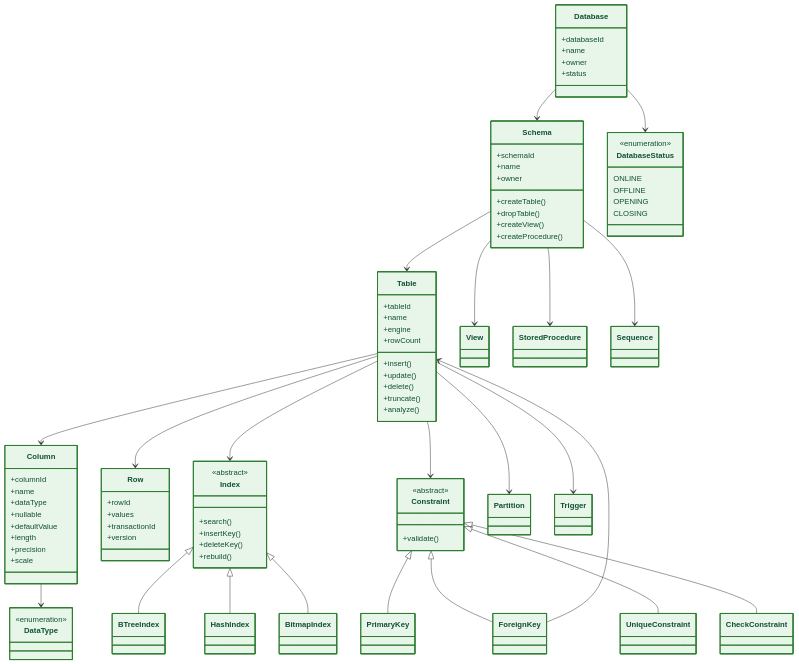
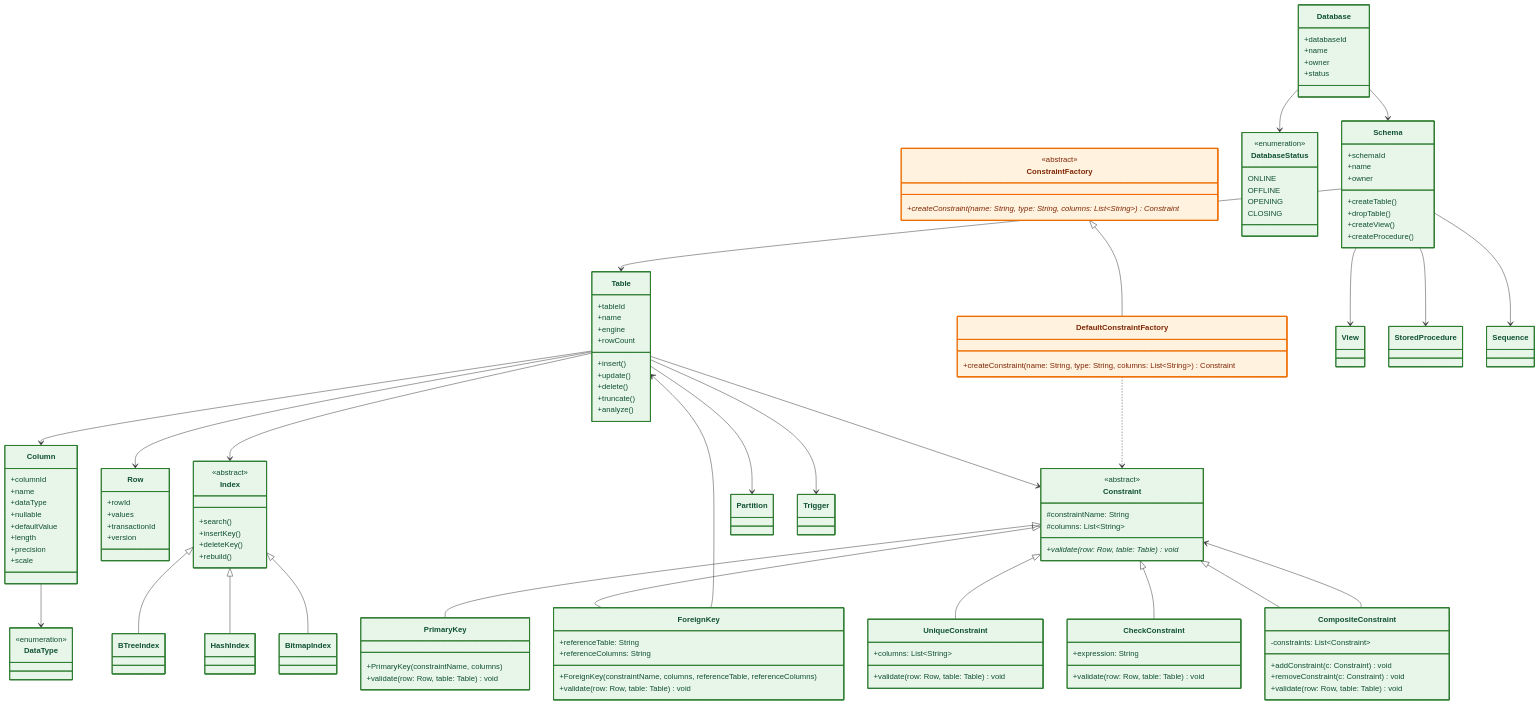
Before and after one commit to Huy1801214/dbms-architecture: the fifth of 20 diagrams in docs/README.md, drawn with Mermaid. The commit also changed other lines of this file and 18 other files, not shown here.

```diff
--- a/docs/README.md
+++ b/docs/README.md
@@ -770,13 +826,48 @@
 
 class Constraint{
     <<abstract>>
-    +validate()
+    #constraintName: String
+    #columns: List~String~
+    +validate(row: Row, table: Table)* void
 }
 
-class PrimaryKey
-class ForeignKey
-class UniqueConstraint
-class CheckConstraint
+class PrimaryKey{
+    +PrimaryKey(constraintName, columns)
+    +validate(row: Row, table: Table) void
+}
+
+class ForeignKey{
+    +referenceTable: String
+    +referenceColumns: String
+    +ForeignKey(constraintName, columns, referenceTable, referenceColumns)
+    +validate(row: Row, table: Table) void
+}
+
+class UniqueConstraint{
+    +columns: List~String~
+    +validate(row: Row, table: Table) void
+}
+
+class CheckConstraint{
+    +expression: String
+    +validate(row: Row, table: Table) void
+}
+
+class CompositeConstraint{
+    -constraints: List~Constraint~
+    +addConstraint(c: Constraint) void
+    +removeConstraint(c: Constraint) void
+    +validate(row: Row, table: Table) void
+}
+
+class ConstraintFactory{
+    <<abstract>>
+    +createConstraint(name: String, type: String, columns: List~String~)* Constraint
+}
+
+class DefaultConstraintFactory{
+    +createConstraint(name: String, type: String, columns: List~String~) Constraint
+}
 
 class Index{
     <<abstract>>
@@ -817,6 +908,11 @@
 Constraint <|-- ForeignKey
 Constraint <|-- UniqueConstraint
 Constraint <|-- CheckConstraint
+Constraint <|-- CompositeConstraint
+CompositeConstraint --> Constraint
+
+ConstraintFactory <|-- DefaultConstraintFactory
+DefaultConstraintFactory ..> Constraint
 
 Index <|-- BTreeIndex
 Index <|-- HashIndex
@@ -839,6 +935,9 @@
 style ForeignKey fill:#e8f5e9,stroke:#2e7d32,stroke-width:2px,color:#0f5132
 style UniqueConstraint fill:#e8f5e9,stroke:#2e7d32,stroke-width:2px,color:#0f5132
 style CheckConstraint fill:#e8f5e9,stroke:#2e7d32,stroke-width:2px,color:#0f5132
+style CompositeConstraint fill:#e8f5e9,stroke:#2e7d32,stroke-width:2px,color:#0f5132
+style ConstraintFactory fill:#fff3e0,stroke:#ef6c00,stroke-width:2px,color:#7f2704
+style DefaultConstraintFactory fill:#fff3e0,stroke:#ef6c00,stroke-width:2px,color:#7f2704
 style Index fill:#e8f5e9,stroke:#2e7d32,stroke-width:2px,color:#0f5132
 style BTreeIndex fill:#e8f5e9,stroke:#2e7d32,stroke-width:2px,color:#0f5132
 style HashIndex fill:#e8f5e9,stroke:#2e7d32,stroke-width:2px,color:#0f5132
```
